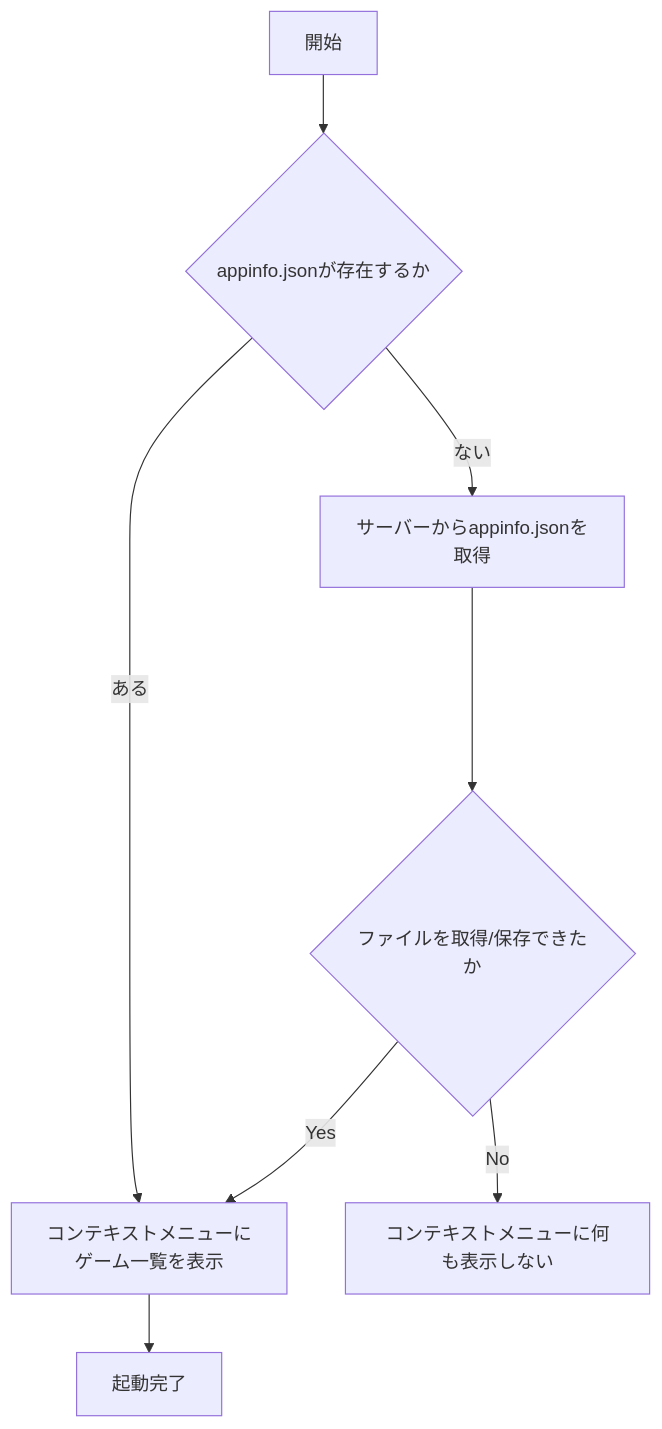
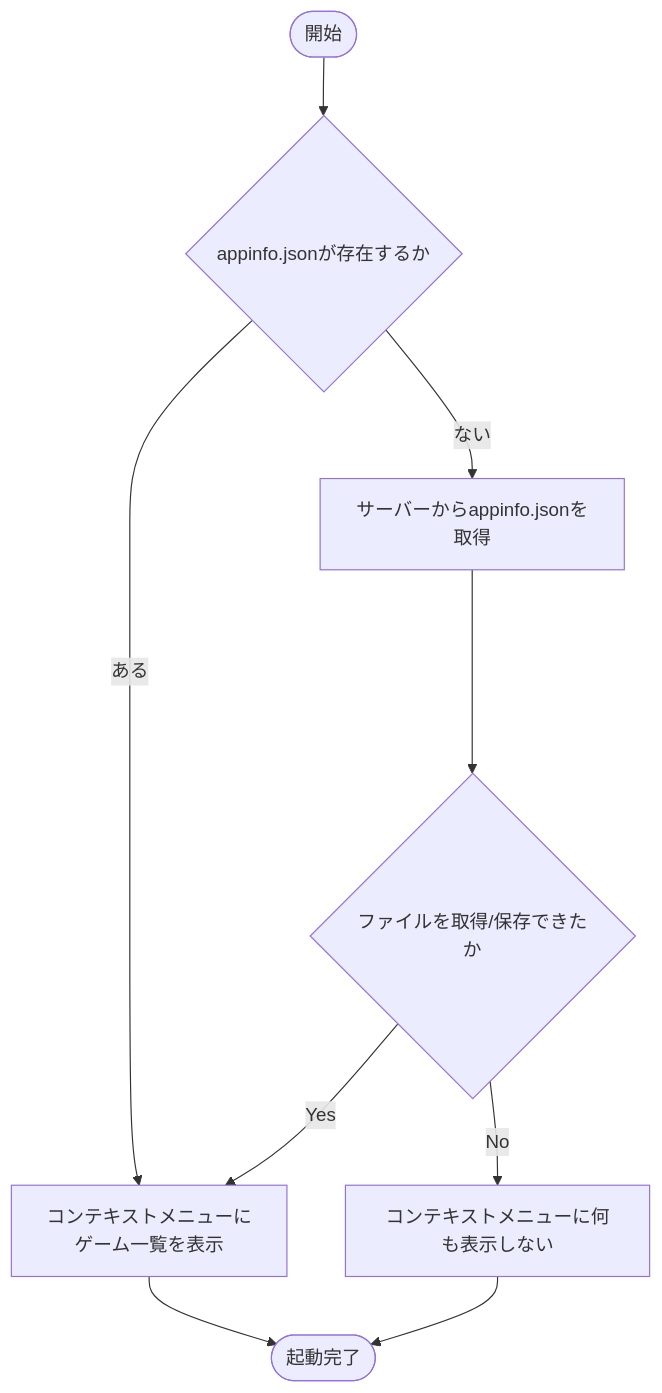
The first of 3 diagrams in README.ja-JP.md (anon5r/KsGameLauncher), drawn with Mermaid before and after one commit. The commit also changed other lines of this file and 1 other file, not shown here.

````diff
--- a/README.ja-JP.md
+++ b/README.ja-JP.md
@@ -27,10 +97,11 @@
 ```mermaid
   flowchart TD;
-      A[開始] --> B{appinfo.jsonが存在するか};
+      A([開始]) --> B{appinfo.jsonが存在するか};
       B -- ある --> E;
       B -- ない  --> C[サーバーからappinfo.jsonを取得];
       C ----> D{ファイルを取得/保存できたか};
       D -- Yes --> E[コンテキストメニューに\nゲーム一覧を表示];
       D -- No  --> F[コンテキストメニューに何も表示しない];
-      E --> G[起動完了];
+      E --> G([起動完了]);
+      F --> G([起動完了]);
 ```
````
